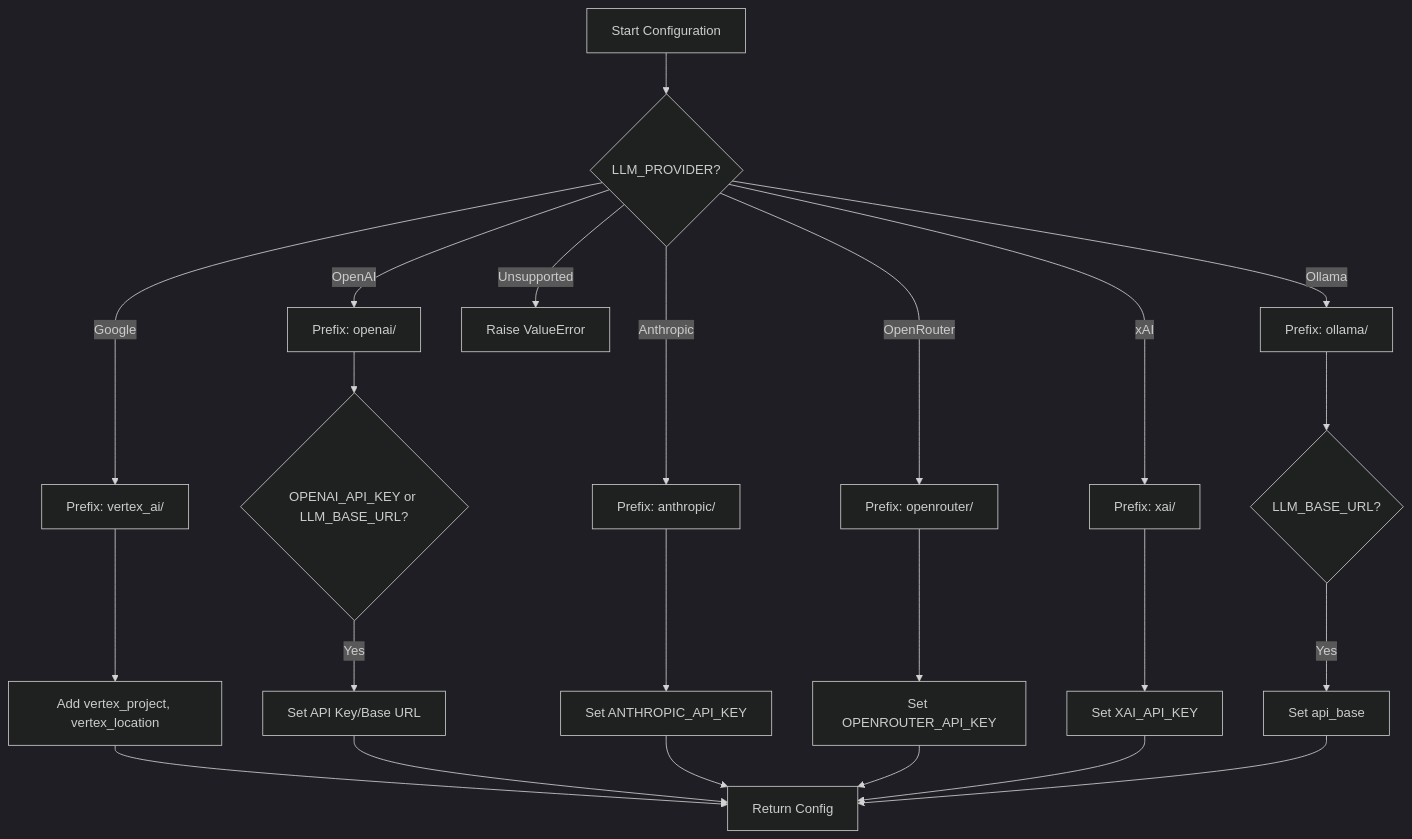
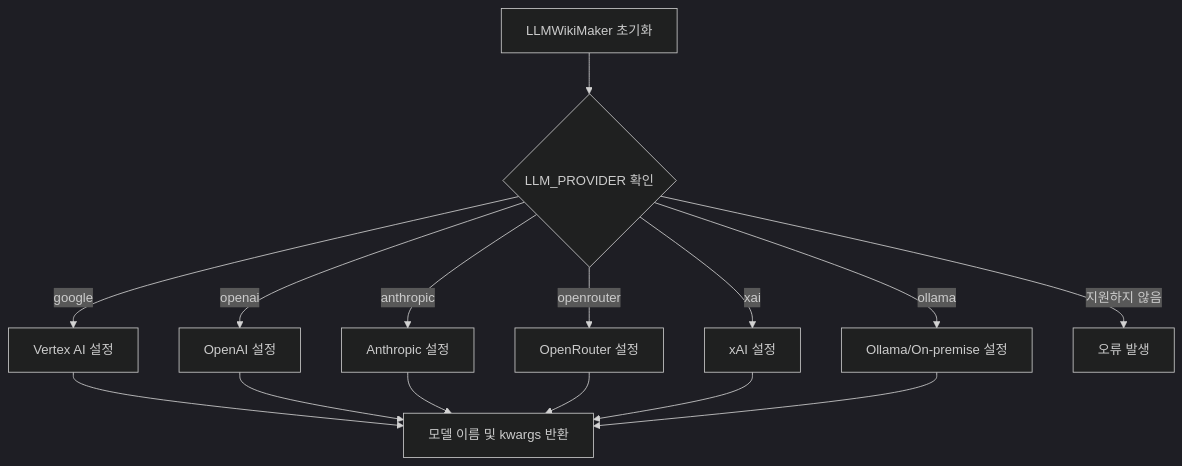
One commit to catuscio/wiki-as-readme changed the fourth of 23 diagrams in examples/wiki_as_README.md. Above: the diagram before and after it, drawn with Mermaid (dark theme). The commit also changed other lines of this file, not shown here.

````diff
--- a/examples/wiki_as_README.md
+++ b/examples/wiki_as_README.md
@@ -360,32 +494,17 @@
 ```mermaid
 graph TD
-    A["Start Configuration"] --> B{"LLM_PROVIDER?"}
-
-    B -- "Google" --> C["Prefix: vertex_ai/"]
-    C --> D["Add vertex_project, vertex_location"]
-    D --> E["Return Config"]
-
-    B -- "OpenAI" --> F["Prefix: openai/"]
-    F --> G{"OPENAI_API_KEY or LLM_BASE_URL?"}
-    G -- "Yes" --> H["Set API Key/Base URL"]
-    H --> E
-
-    B -- "Anthropic" --> I["Prefix: anthropic/"]
-    I --> J["Set ANTHROPIC_API_KEY"]
-    J --> E
-
-    B -- "OpenRouter" --> K["Prefix: openrouter/"]
-    K --> L["Set OPENROUTER_API_KEY"]
-    L --> E
-
-    B -- "xAI" --> M["Prefix: xai/"]
-    M --> N["Set XAI_API_KEY"]
-    N --> E
-
-    B -- "Ollama" --> O["Prefix: ollama/"]
-    O --> P{"LLM_BASE_URL?"}
-    P -- "Yes" --> Q["Set api_base"]
-    Q --> E
-
-    B -- "Unsupported" --> R["Raise ValueError"]
+    A["LLMWikiMaker 초기화"] --> B{"LLM_PROVIDER 확인"};
+    B -- "google" --> C["Vertex AI 설정"];
+    B -- "openai" --> D["OpenAI 설정"];
+    B -- "anthropic" --> E["Anthropic 설정"];
+    B -- "openrouter" --> F["OpenRouter 설정"];
+    B -- "xai" --> G["xAI 설정"];
+    B -- "ollama" --> H["Ollama/On-premise 설정"];
+    C --> I["모델 이름 및 kwargs 반환"];
+    D --> I;
+    E --> I;
+    F --> I;
+    G --> I;
+    H --> I;
+    B -- "지원하지 않음" --> J["오류 발생"];
 ```
````
